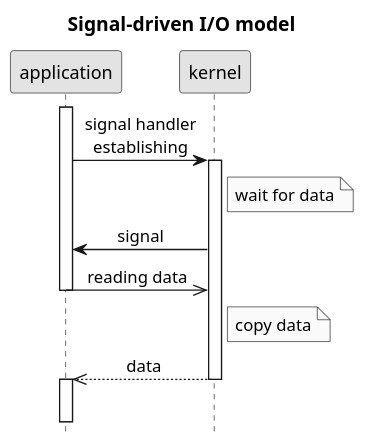
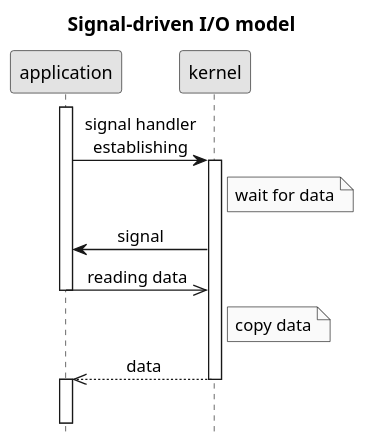
One commit to c0p4c4b4n4/demo-sockets-io-nio-nio2 changed the diagram in .images/signal-driven IO model.puml. Above: the diagram before and after it, drawn with PlantUML. The commit also changed 6 other files, not shown here.

```diff
--- a/.images/signal-driven IO model.puml
+++ b/.images/signal-driven IO model.puml
@@ -1,24 +1,24 @@
 @startuml
 title Signal-driven I/O model
 scale 1.2
 hide footbox
 skinparam monochrome true
 skinparam defaultFontName Microsoft Sans Serif
 skinparam titleFontSize 15
 skinparam sequenceMessageAlign center
 activate application
 
 application->kernel: signal handler\nestablishing
 activate kernel
 Note right of kernel: wait for data
 kernel->application: signal
 application->>kernel: reading data
 deactivate application
 Note right of kernel: copy data
 kernel-->>application: data
 deactivate kernel
 activate application
 
-||10||
+||11||
 kernel -[#white]->]
 @enduml
```
